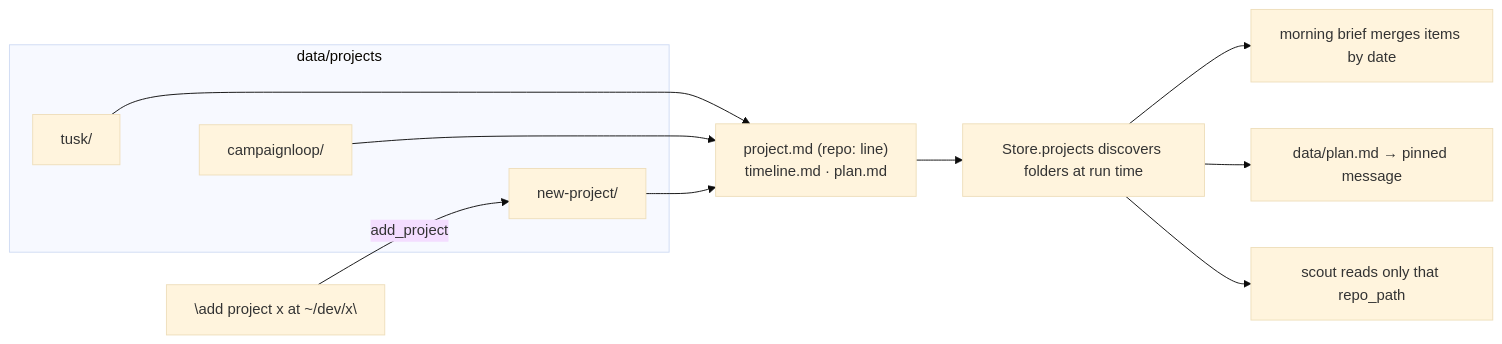
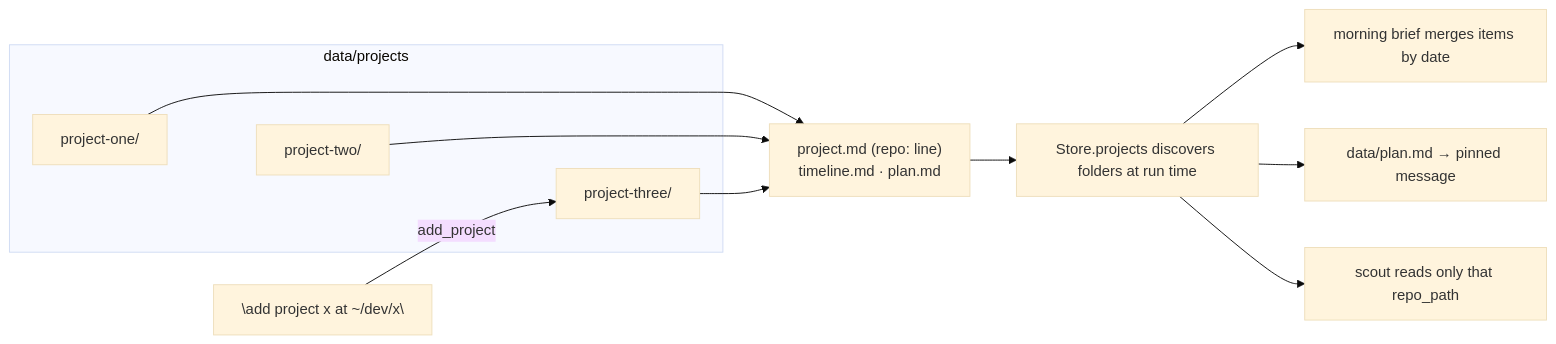
The ninth of 16 diagrams in docs/ARCHITECTURE.md (vovka/mentor-bot), drawn with Mermaid (base theme) before and after one commit. The commit also changed other lines of this file, not shown here.

First line of the commit message:
docs: generic project names in the architecture diagrams

````diff
--- a/docs/ARCHITECTURE.md
+++ b/docs/ARCHITECTURE.md
@@ -165,12 +165,12 @@
 ```mermaid
 flowchart LR
   subgraph data/projects
-    T[tusk/] ~~~ C[campaignloop/] ~~~ N[new-project/]
+    T[project-one/] ~~~ C[project-two/] ~~~ N[project-three/]
   end
   T & C & N --> F["project.md (repo: line)<br/>timeline.md · plan.md"]
   F --> DISC[Store.projects discovers folders at run time]
   DISC --> MB[morning brief merges items by date]
   DISC --> GP["data/plan.md → pinned message"]
   DISC --> SC["scout reads only that repo_path"]
   ADD["\"add project x at ~/dev/x\""] -- add_project --> N
 ```
````
